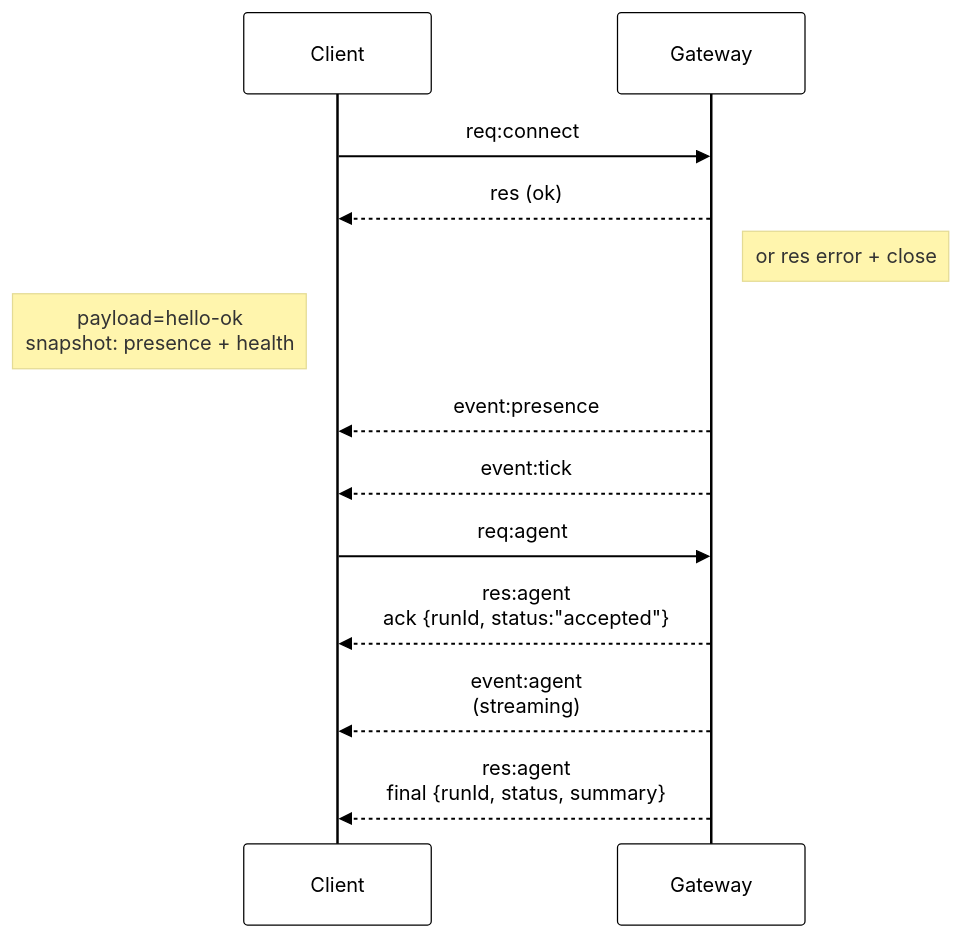
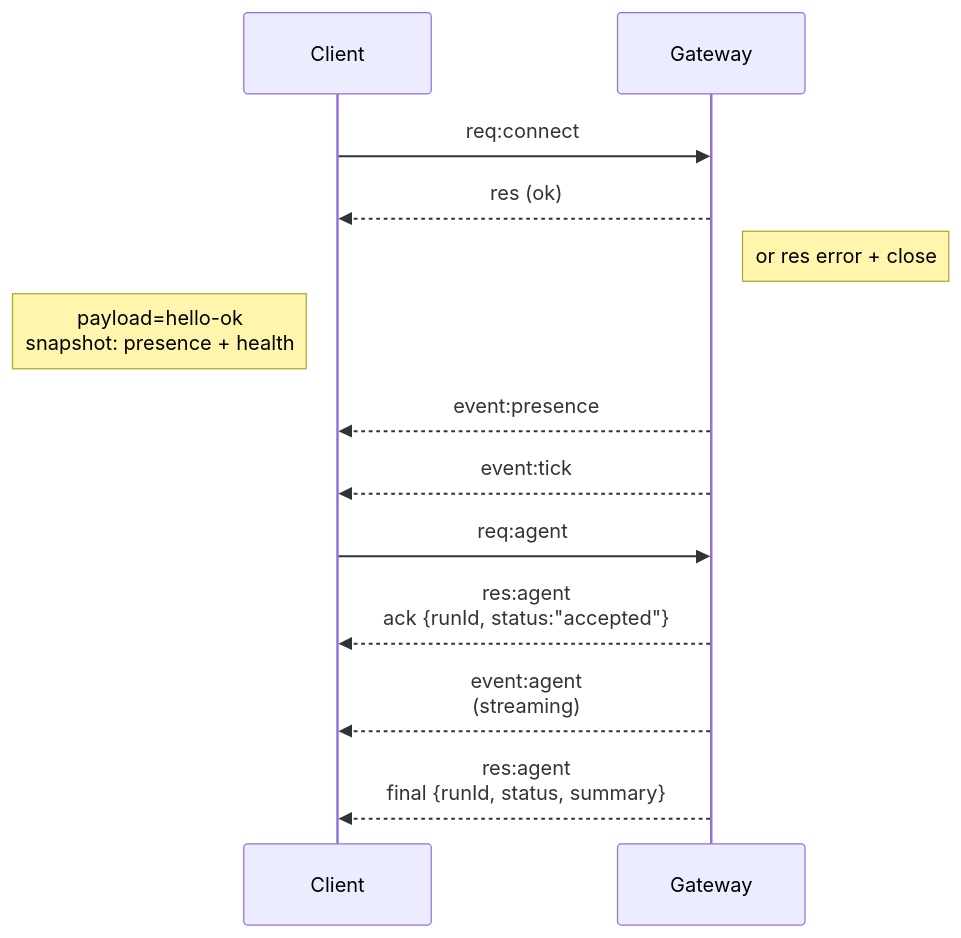
Before and after one commit to NEO-PROTOCOL/neobot: the diagram in docs/concepts/architecture.md, drawn with Mermaid. The commit also changed 1173 other files, not shown here.

````diff
--- a/docs/concepts/architecture.md
+++ b/docs/concepts/architecture.md
@@ -59,34 +59,18 @@
 ```mermaid
-%%{init: {
-  'theme': 'base',
-  'themeVariables': {
-    'primaryColor': '#ffffff',
-    'primaryTextColor': '#000000',
-    'primaryBorderColor': '#000000',
-    'lineColor': '#000000',
-    'secondaryColor': '#f9f9fb',
-    'tertiaryColor': '#ffffff',
-    'clusterBkg': '#f9f9fb',
-    'clusterBorder': '#000000',
-    'nodeBorder': '#000000',
-    'mainBkg': '#ffffff',
-    'edgeLabelBackground': '#ffffff'
-  }
-}}%%
 sequenceDiagram
     participant Client
     participant Gateway
 
     Client->>Gateway: req:connect
     Gateway-->>Client: res (ok)
     Note right of Gateway: or res error + close
     Note left of Client: payload=hello-ok<br>snapshot: presence + health
 
     Gateway-->>Client: event:presence
     Gateway-->>Client: event:tick
 
     Client->>Gateway: req:agent
     Gateway-->>Client: res:agent<br>ack {runId, status:"accepted"}
     Gateway-->>Client: event:agent<br>(streaming)
     Gateway-->>Client: res:agent<br>final {runId, status, summary}
 ```
````
